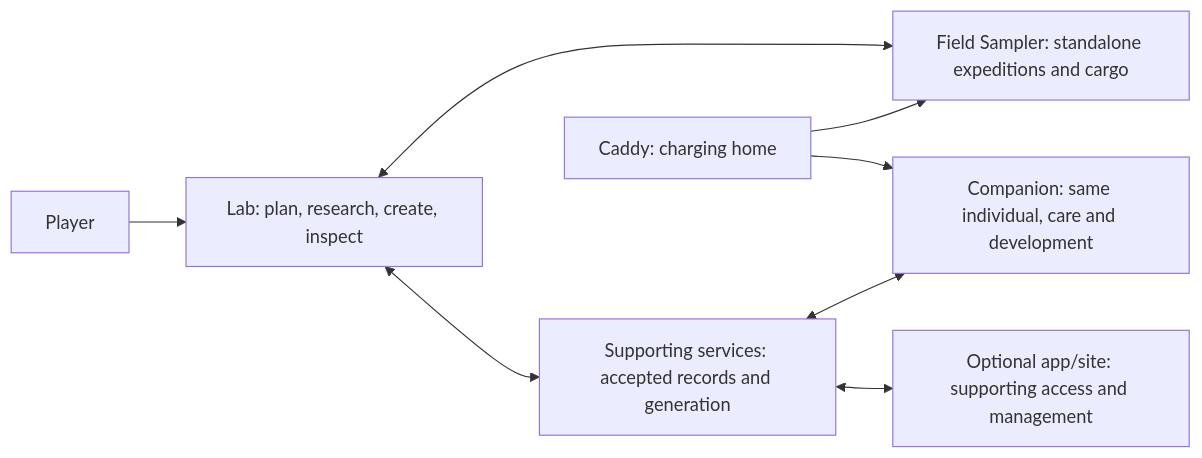
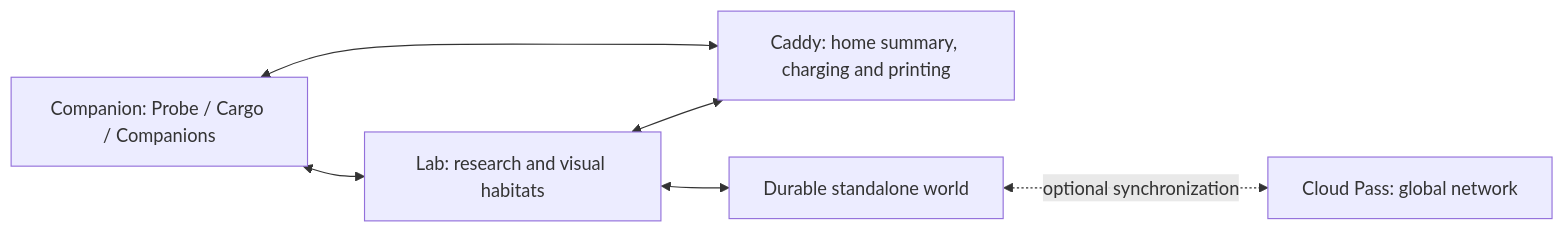
The diagram in docs/README.md (PacoCotera/critter-lab), drawn with Mermaid before and after one commit. The commit also changed other lines of this file, not shown here.

Commit message:
docs: reconcile current hardware and standalone product direction

````diff
--- a/docs/README.md
+++ b/docs/README.md
@@ -32,10 +7,8 @@
 ```mermaid
 flowchart LR
-  Player[Player] --> Lab[Lab: plan, research, create, inspect]
-  Lab <--> Probe[Field Sampler: standalone expeditions and cargo]
-  Lab <--> Records[Supporting services: accepted records and generation]
-  Records <--> Companion[Companion: same individual, care and development]
-  Records <--> Support[Optional app/site: supporting access and management]
-  Caddy[Caddy: charging home] --> Probe
-  Caddy --> Companion
+  Companion[Companion: Probe / Cargo / Companions] <--> Lab[Lab: research and visual habitats]
+  Lab <--> Caddy[Caddy: home summary, charging and printing]
+  Companion <--> Caddy
+  Lab <--> Local[Durable standalone world]
+  Local <-. optional synchronization .-> Cloud[Cloud Pass: global network]
 ```
````
